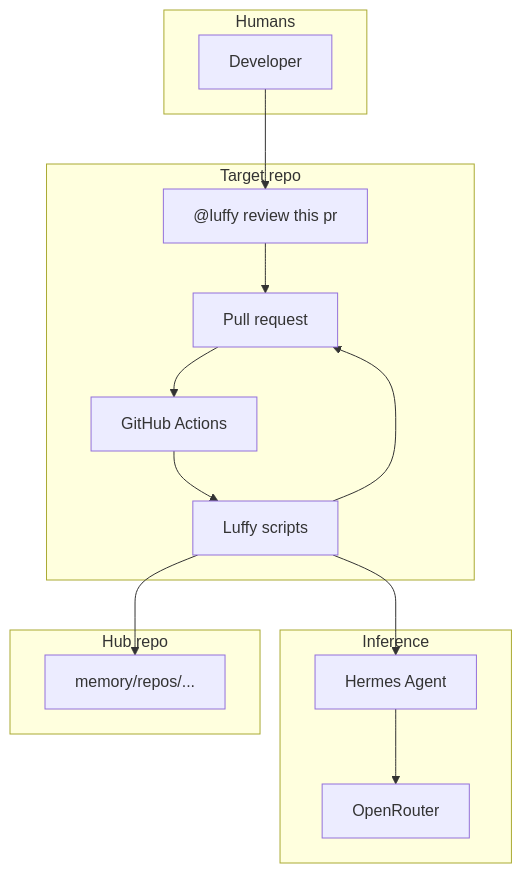
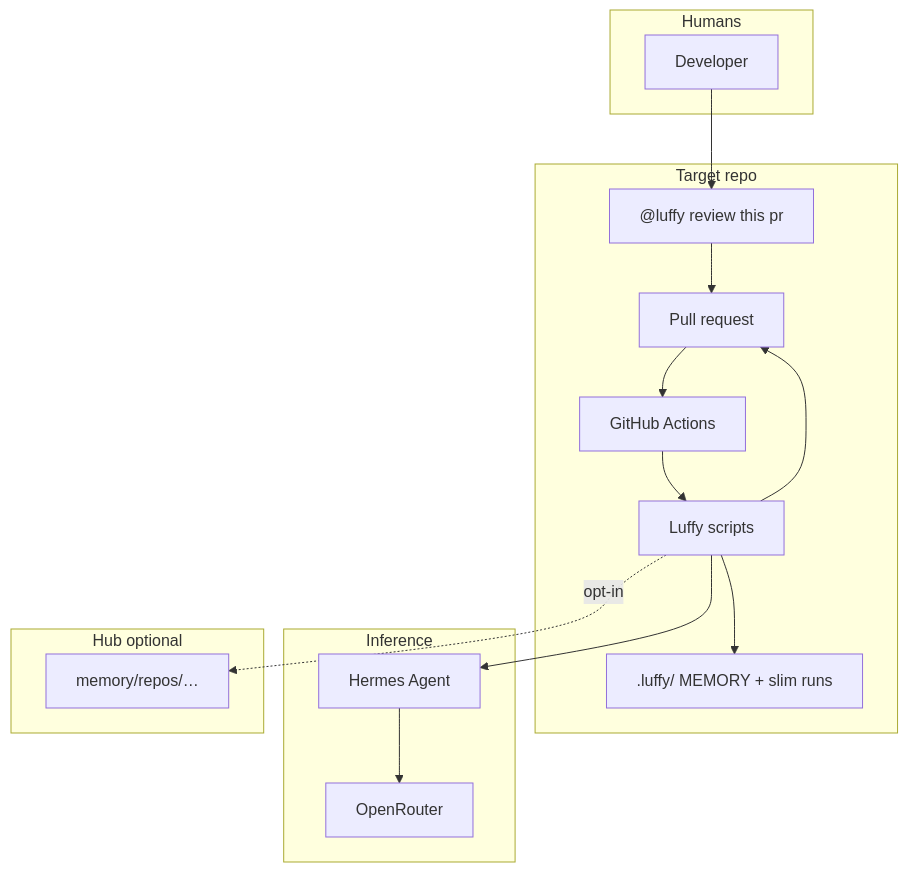
Before and after one commit to Mr-Ashish/luffy-pr-review-agent: the first of 5 diagrams in README.md, drawn with Mermaid. The commit also changed other lines of this file and 13 other files, not shown here.

First line of the commit message:
fix(ops): F30 memory health visibility + README local-first truth

````diff
--- a/README.md
+++ b/README.md
@@ -34,28 +34,30 @@
 ```mermaid
 flowchart TB
   subgraph Humans
     Dev["Developer"]
   end
 
   subgraph TargetRepo["Target repo"]
     PR["Pull request"]
     Comment["@luffy review this pr"]
     GHA["GitHub Actions"]
     Scripts["Luffy scripts"]
+    LocalMem[".luffy/ MEMORY + slim runs"]
   end
 
   subgraph LLM["Inference"]
     Hermes["Hermes Agent"]
     OR["OpenRouter"]
   end
 
-  subgraph Hub["Hub repo"]
-    Memory["memory/repos/..."]
+  subgraph OptionalHub["Hub optional"]
+    HubMem["memory/repos/…"]
   end
 
   Dev --> Comment --> PR --> GHA
   GHA --> Scripts
   Scripts --> Hermes --> OR
-  Scripts --> Memory
+  Scripts --> LocalMem
+  Scripts -.->|opt-in| HubMem
   Scripts --> PR
 ```
````
